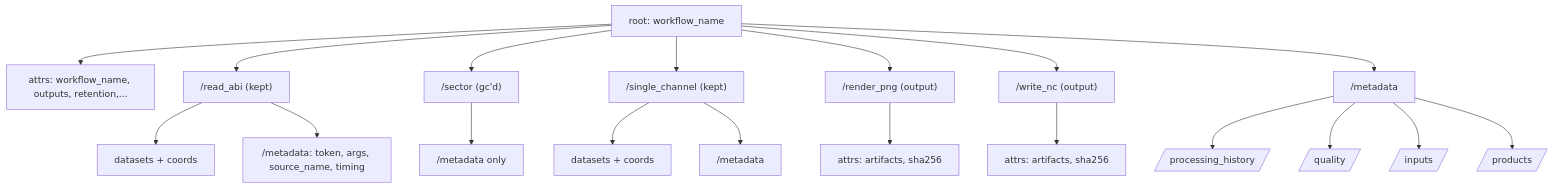
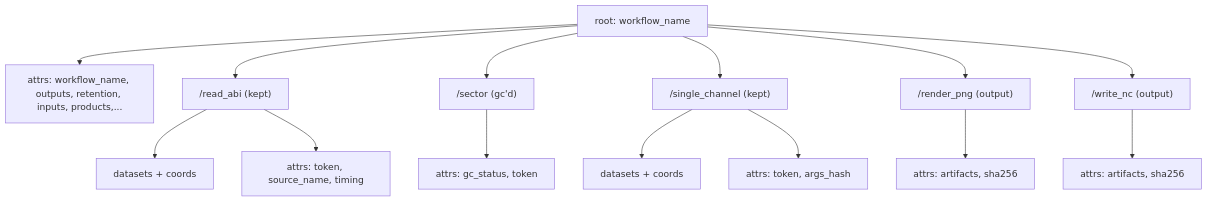
One commit to NRLMMD-GEOIPS/geoips changed the second of 5 diagrams in docs/dev/datatree-spec.md. Above: the diagram before and after it, drawn with Mermaid. The commit also changed other lines of this file, not shown here.

First line of the commit message:
Revise DataTree spec to actually remove the /metadata portions

````diff
--- a/docs/dev/datatree-spec.md
+++ b/docs/dev/datatree-spec.md
@@ -1146,21 +1090,16 @@
 ```mermaid
 graph TD
-    R[root: workflow_name] --> A[attrs: workflow_name, outputs, retention,...]
+    R[root: workflow_name] --> A[attrs: workflow_name, outputs, retention, inputs, products,...]
     R --> S1["/read_abi (kept)"]
     R --> S2["/sector (gc'd)"]
     R --> S3["/single_channel (kept)"]
     R --> S4["/render_png (output)"]
     R --> S5["/write_nc (output)"]
-    R --> M["/metadata"]
     S1 --> S1d[datasets + coords]
-    S1 --> S1m["/metadata: token, args, source_name, timing"]
-    S2 --> S2m["/metadata only"]
+    S1 --> S1a[attrs: token, source_name, timing]
+    S2 --> S2a[attrs: gc_status, token]
     S3 --> S3d[datasets + coords]
-    S3 --> S3m["/metadata"]
+    S3 --> S3a[attrs: token, args_hash]
     S4 --> S4a[attrs: artifacts, sha256]
     S5 --> S5a[attrs: artifacts, sha256]
-    M --> Mh[/processing_history/]
-    M --> Mq[/quality/]
-    M --> Mi[/inputs/]
-    M --> Mp[/products/]
 ```
````
